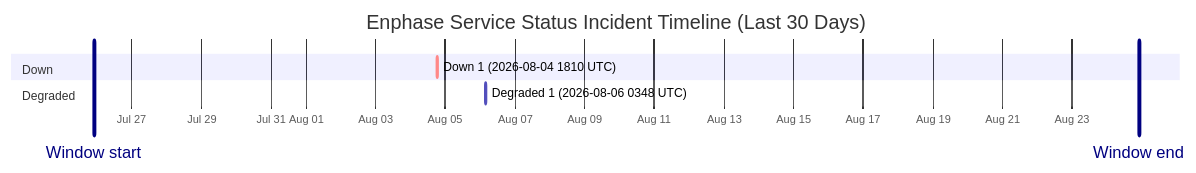
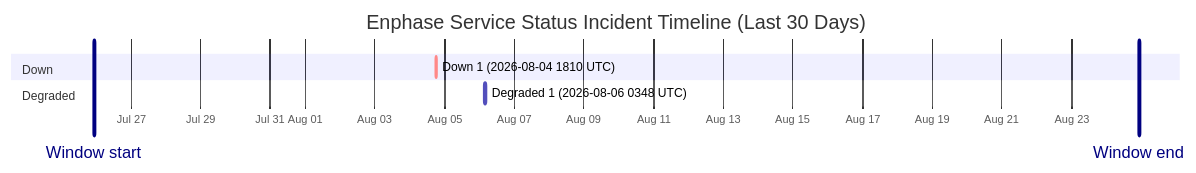
One commit to barneyonline/ha-enphase-energy changed the diagram in wiki/Service-Status-History.md. Above: the diagram before and after it, drawn with Mermaid. The commit also changed other lines of this file and 3 other files, not shown here.

````diff
--- a/wiki/Service-Status-History.md
+++ b/wiki/Service-Status-History.md
@@ -14,12 +14,12 @@
 ```mermaid
 gantt
     title Enphase Service Status Incident Timeline (Last 30 Days)
     dateFormat  YYYY-MM-DDTHH:mm:ss
     axisFormat  %b %d
-    Window start :vert, window-start, 2026-07-25T21:53:07, 0ms
-    Window end :vert, window-end, 2026-08-24T21:53:07, 0ms
+    Window start :vert, window-start, 2026-07-25T22:23:37, 0ms
+    Window end :vert, window-end, 2026-08-24T22:23:37, 0ms
     section Down
     Down 1 (2026-08-04 1810 UTC) :crit, down-1, 2026-08-04T18:10:46, 60m
     section Degraded
     Degraded 1 (2026-08-06 0348 UTC) :active, degraded-1, 2026-08-06T03:48:14, 60m
 ```
````
